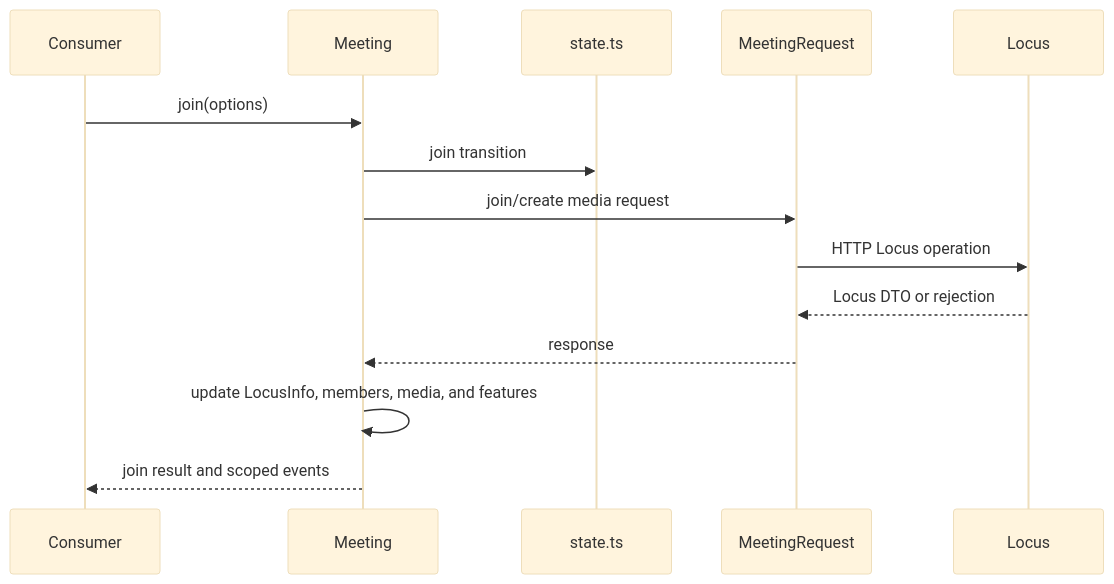
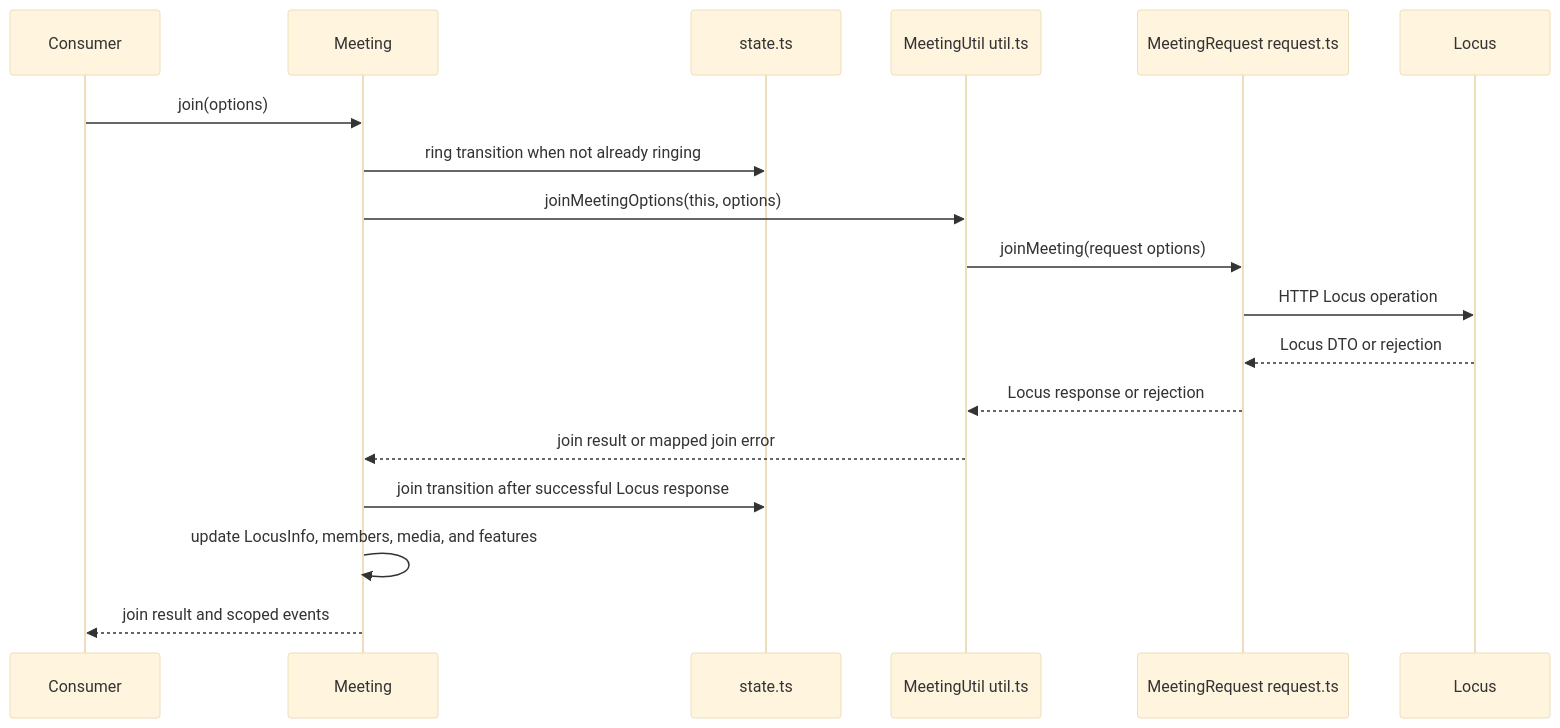
One commit to webex/webex-js-sdk changed the second of 5 diagrams in packages/@webex/plugin-meetings/src/meeting/ai-docs/meeting-spec.md. Above: the diagram before and after it, drawn with Mermaid (base theme). The commit also changed other lines of this file and 24 other files, not shown here.

````diff
--- a/packages/@webex/plugin-meetings/src/meeting/ai-docs/meeting-spec.md
+++ b/packages/@webex/plugin-meetings/src/meeting/ai-docs/meeting-spec.md
@@ -145,16 +215,20 @@
 ```mermaid
 sequenceDiagram
   participant C as Consumer
   participant M as Meeting
   participant S as state.ts
-  participant R as MeetingRequest
+  participant U as MeetingUtil util.ts
+  participant R as MeetingRequest request.ts
   participant L as Locus
   C->>M: join(options)
-  M->>S: join transition
-  M->>R: join/create media request
+  M->>S: ring transition when not already ringing
+  M->>U: joinMeetingOptions(this, options)
+  U->>R: joinMeeting(request options)
   R->>L: HTTP Locus operation
   L-->>R: Locus DTO or rejection
-  R-->>M: response
+  R-->>U: Locus response or rejection
+  U-->>M: join result or mapped join error
+  M->>S: join transition after successful Locus response
   M->>M: update LocusInfo, members, media, and features
   M-->>C: join result and scoped events
 ```
````
